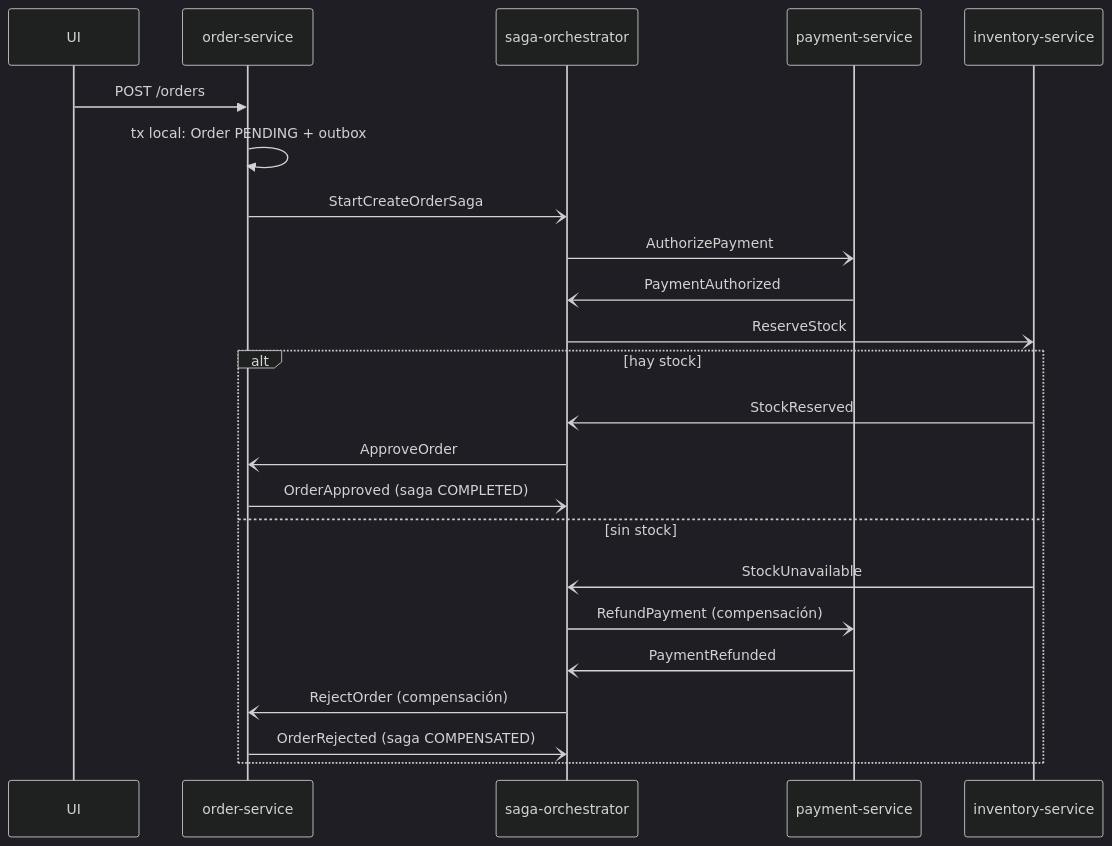
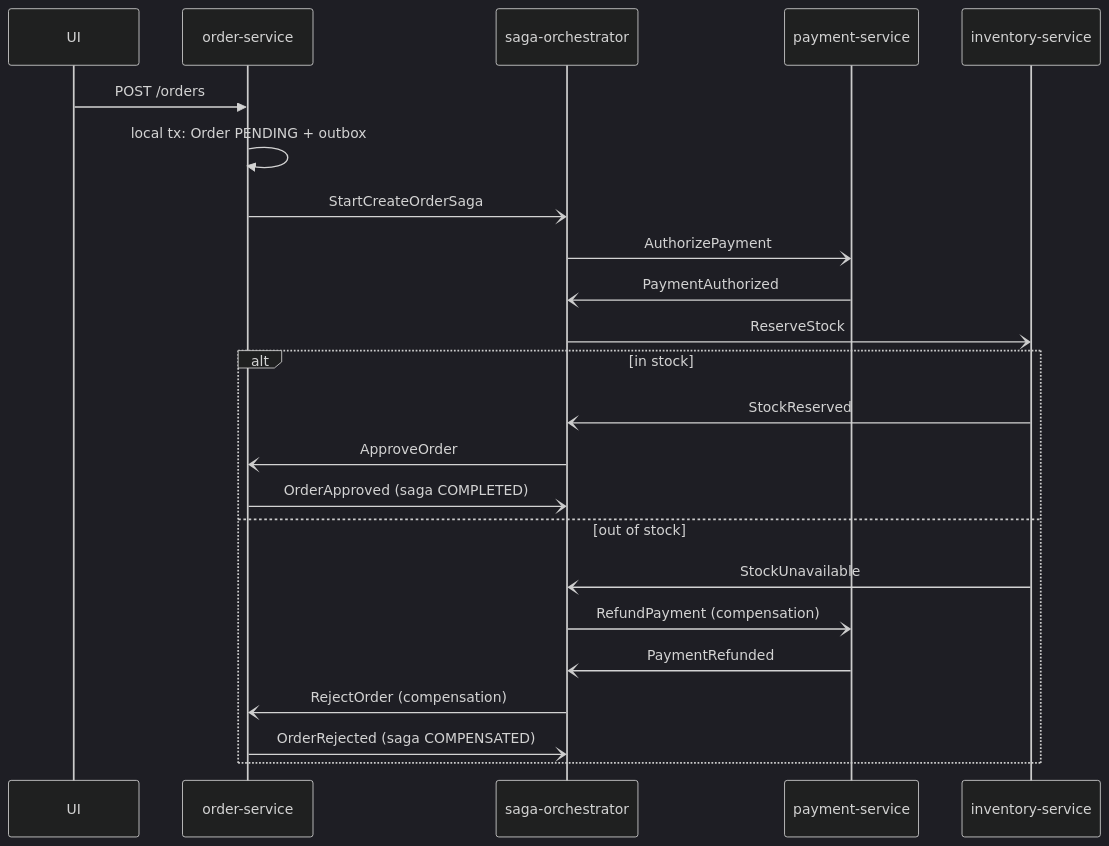
Before and after one commit to PatricioPoncini/saga-orchestration: the first of 2 diagrams in README.md, drawn with Mermaid (dark theme). The commit also changed other lines of this file and 43 other files, not shown here.

````diff
--- a/README.md
+++ b/README.md
@@ -97,25 +97,25 @@
 ```mermaid
 sequenceDiagram
     participant UI
     participant O as order-service
     participant S as saga-orchestrator
     participant P as payment-service
     participant I as inventory-service
     UI->>O: POST /orders
-    O->>O: tx local: Order PENDING + outbox
+    O->>O: local tx: Order PENDING + outbox
     O-)S: StartCreateOrderSaga
     S-)P: AuthorizePayment
     P-)S: PaymentAuthorized
     S-)I: ReserveStock
-    alt hay stock
+    alt in stock
         I-)S: StockReserved
         S-)O: ApproveOrder
         O-)S: OrderApproved  (saga COMPLETED)
-    else sin stock
+    else out of stock
         I-)S: StockUnavailable
-        S-)P: RefundPayment   (compensación)
+        S-)P: RefundPayment   (compensation)
         P-)S: PaymentRefunded
-        S-)O: RejectOrder     (compensación)
+        S-)O: RejectOrder     (compensation)
         O-)S: OrderRejected   (saga COMPENSATED)
     end
 ```
````
